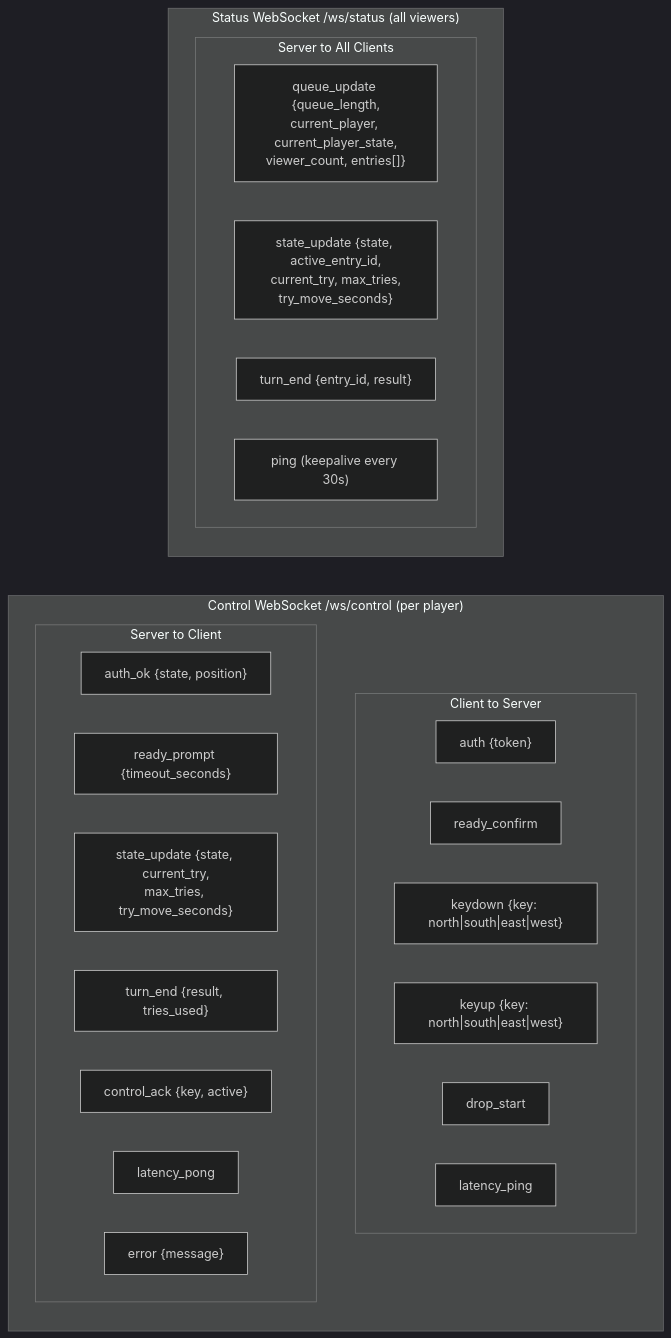
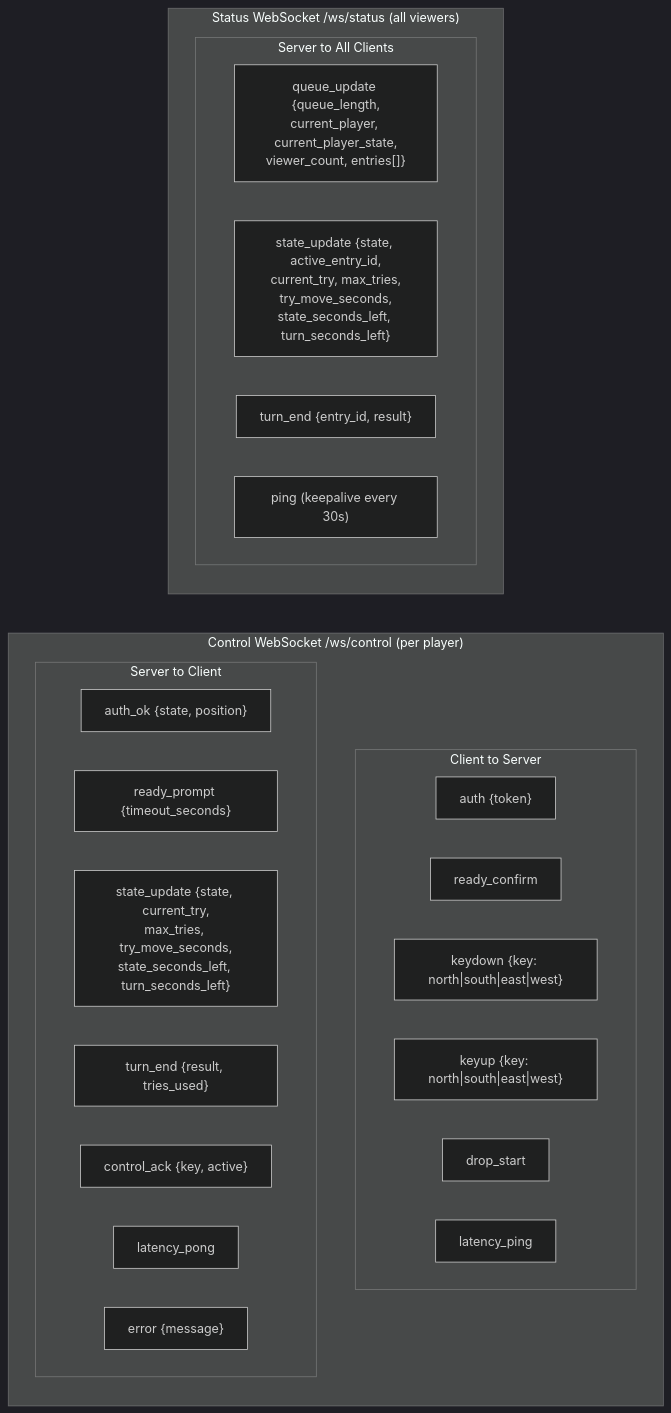
One commit to morroware/ECLAW changed the eighth of 12 diagrams in docs/queue-flow.md. Above: the diagram before and after it, drawn with Mermaid (dark theme). The commit also changed other lines of this file and 2 other files, not shown here.

````diff
--- a/docs/queue-flow.md
+++ b/docs/queue-flow.md
@@ -411,33 +452,33 @@
 ```mermaid
 graph LR
     subgraph ControlWS["Control WebSocket /ws/control (per player)"]
         direction TB
         subgraph C2S["Client to Server"]
             A1["auth {token}"]
             A2["ready_confirm"]
             A3["keydown {key: north|south|east|west}"]
             A4["keyup {key: north|south|east|west}"]
             A5["drop_start"]
             A6["latency_ping"]
         end
         subgraph S2C["Server to Client"]
             B1["auth_ok {state, position}"]
             B2["ready_prompt {timeout_seconds}"]
-            B3["state_update {state, current_try,<br/>max_tries, try_move_seconds}"]
+            B3["state_update {state, current_try,<br/>max_tries, try_move_seconds,<br/>state_seconds_left, turn_seconds_left}"]
             B4["turn_end {result, tries_used}"]
             B5["control_ack {key, active}"]
             B6["latency_pong"]
             B7["error {message}"]
         end
     end
 
     subgraph StatusWS["Status WebSocket /ws/status (all viewers)"]
         direction TB
         subgraph Broadcast["Server to All Clients"]
             C1["queue_update {queue_length,<br/>current_player, current_player_state,<br/>viewer_count, entries[]}"]
-            C2["state_update {state, active_entry_id,<br/>current_try, max_tries,<br/>try_move_seconds}"]
+            C2["state_update {state, active_entry_id,<br/>current_try, max_tries,<br/>try_move_seconds,<br/>state_seconds_left, turn_seconds_left}"]
             C3["turn_end {entry_id, result}"]
             C4["ping (keepalive every 30s)"]
         end
     end
 ```
````
